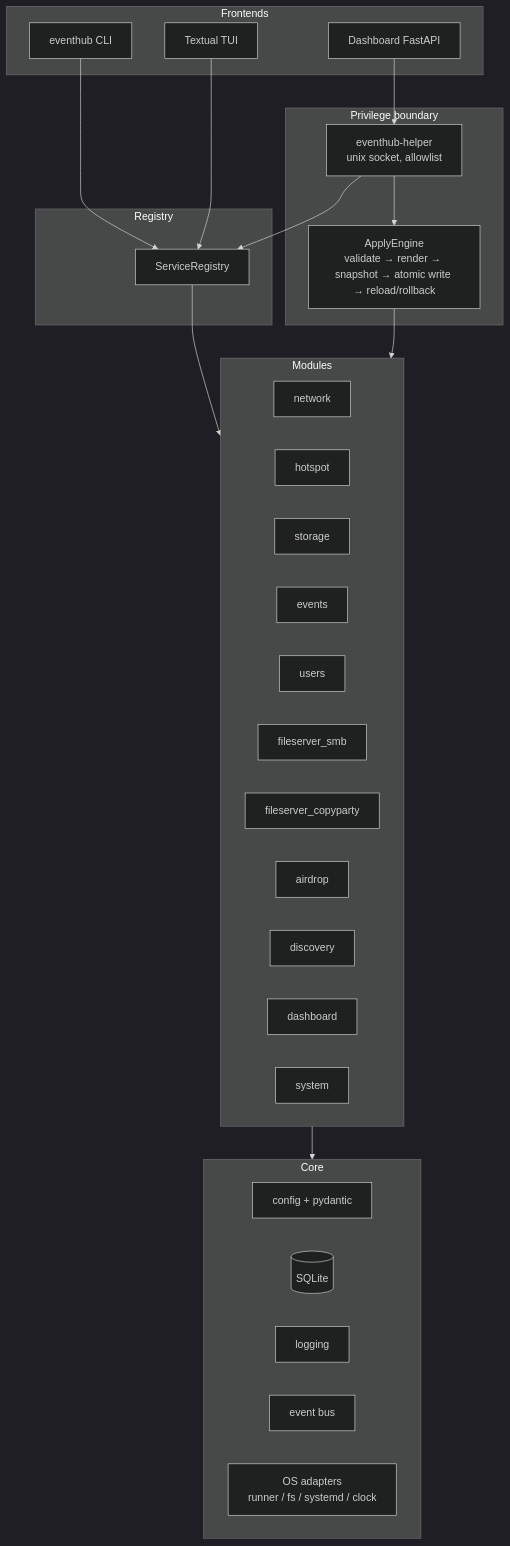
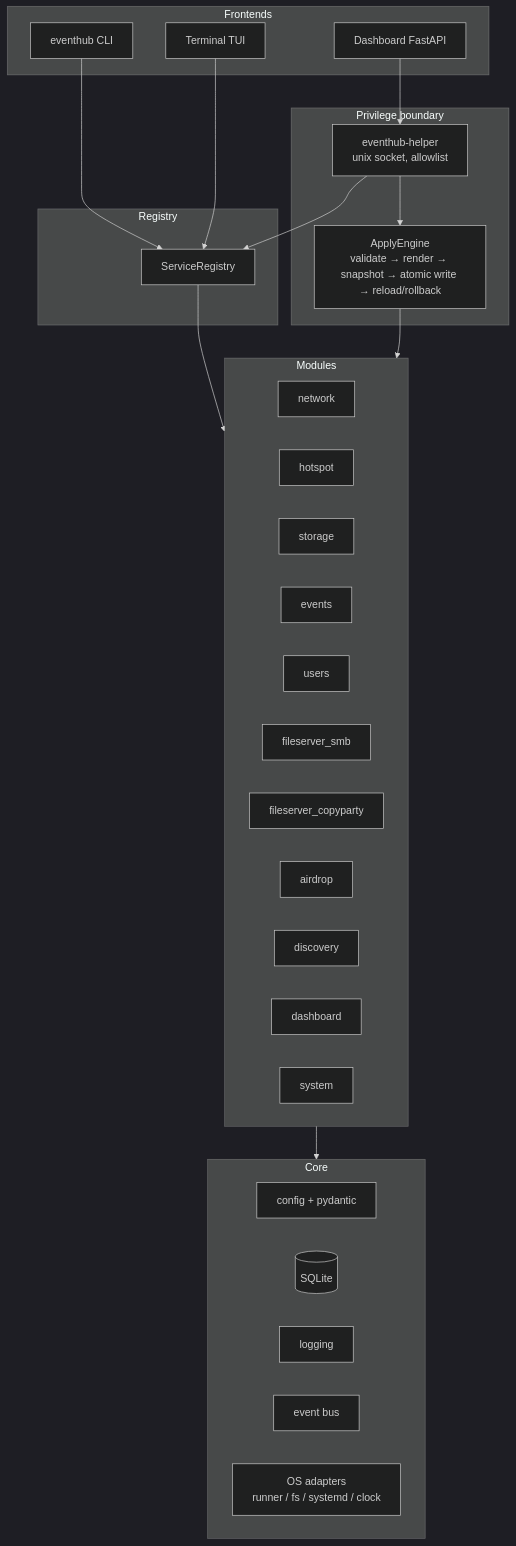
The diagram in docs/ARCHITECTURE.md (jarrfarr/portapix-v2), drawn with Mermaid (dark theme) before and after one commit. The commit also changed 21 other files, not shown here.

Commit message:
replace Textual UI with raspi-config-style whiptail terminal menus

````diff
--- a/docs/ARCHITECTURE.md
+++ b/docs/ARCHITECTURE.md
@@ -8,48 +8,48 @@
 ```mermaid
 flowchart TB
     subgraph Frontends
         CLI[eventhub CLI]
-        TUI[Textual TUI]
+        TUI[Terminal TUI]
         WEB[Dashboard FastAPI]
     end
 
     subgraph PrivilegeBoundary["Privilege boundary"]
         HELPER[eventhub-helper<br/>unix socket, allowlist]
         APPLY[ApplyEngine<br/>validate → render → snapshot → atomic write → reload/rollback]
     end
 
     subgraph Registry
         REG[ServiceRegistry]
     end
 
     subgraph Modules
         NET[network]
         AP[hotspot]
         STOR[storage]
         EV[events]
         USR[users]
         SMB[fileserver_smb]
         CP[fileserver_copyparty]
         AIR[airdrop]
         MDNS[discovery]
         DASH[dashboard]
         SYS[system]
     end
 
     subgraph Core
         CFG[config + pydantic]
         DB[(SQLite)]
         LOG[logging]
         BUS[event bus]
         ADAPT[OS adapters<br/>runner / fs / systemd / clock]
     end
 
     CLI --> REG
     TUI --> REG
     WEB --> HELPER
     HELPER --> REG
     REG --> Modules
     APPLY --> Modules
     Modules --> Core
     HELPER --> APPLY
 ```
````
